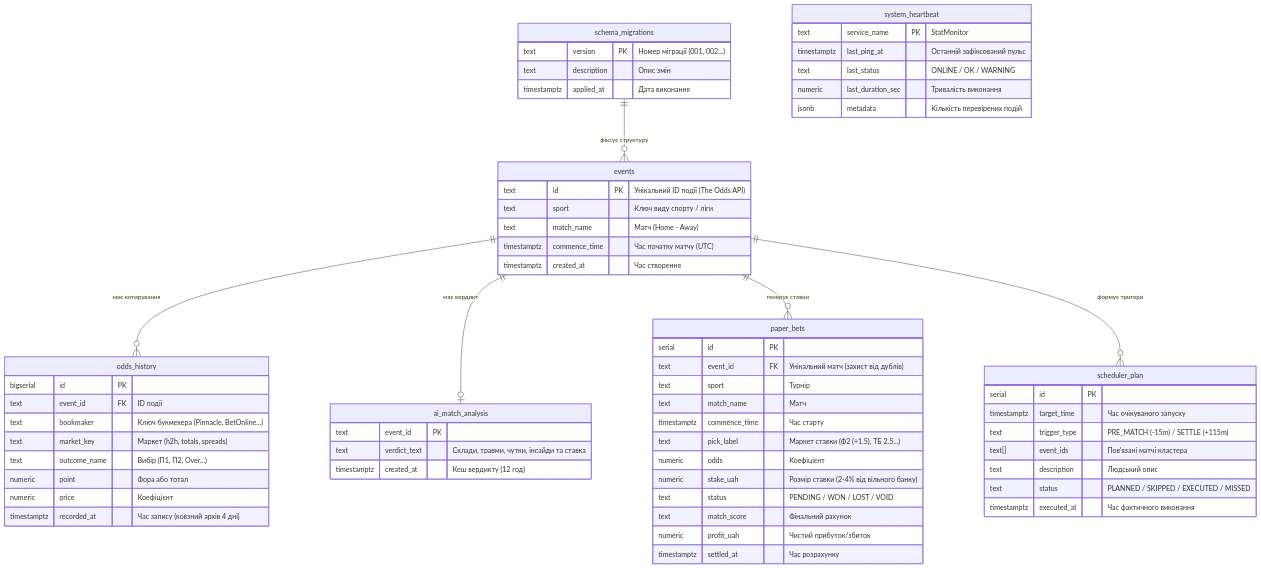
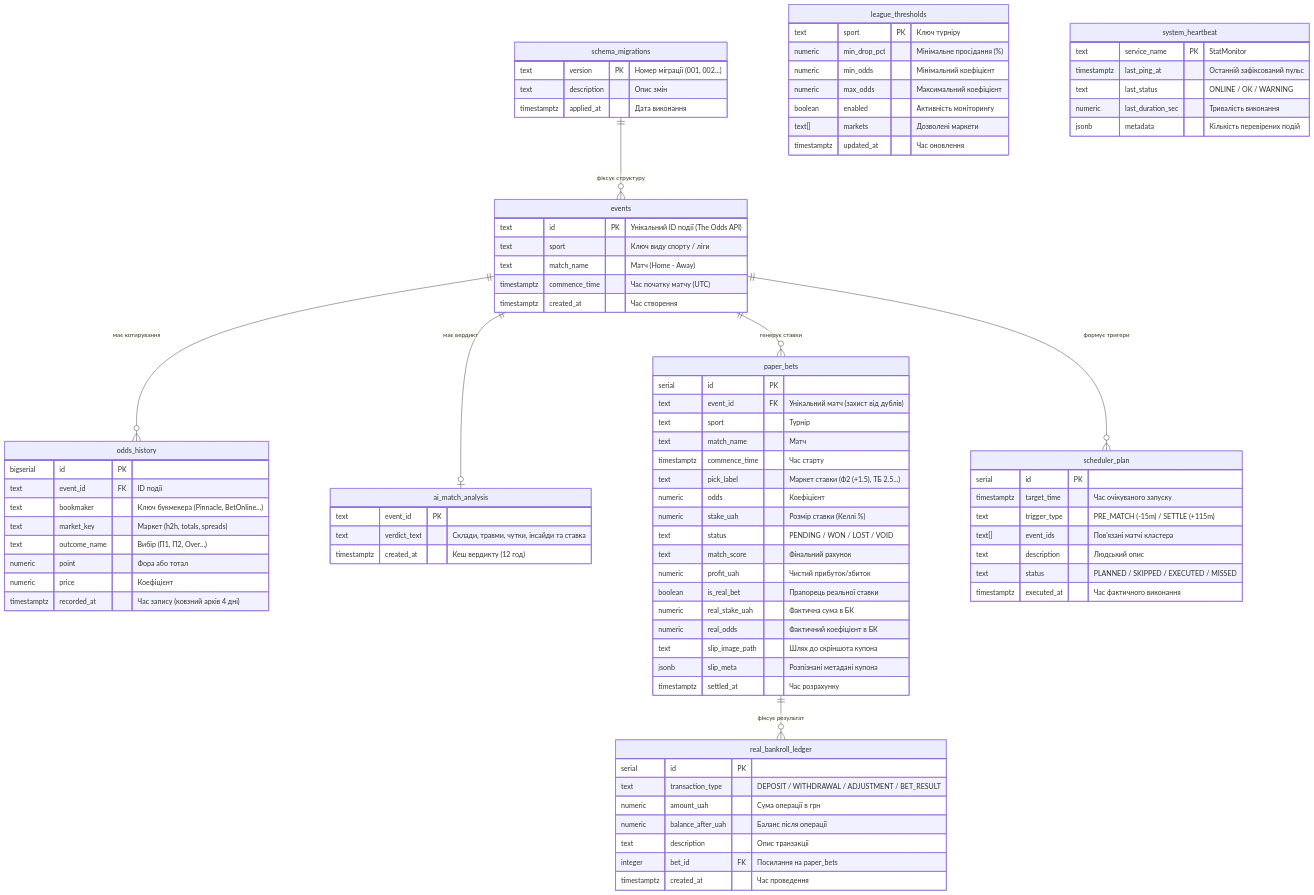
One commit to vsymchak/StatMonitor changed the second of 2 diagrams in docs/architecture.md. Above: the diagram before and after it, drawn with Mermaid. The commit also changed other lines of this file and 6 other files, not shown here.

Commit message:
docs: comprehensive update of architecture, roadmap, SDD specs, diagrams, and README for Step 31 and 149 unit tests

```diff
--- a/docs/architecture.md
+++ b/docs/architecture.md
@@ -159,6 +169,7 @@
     events ||--o| ai_match_analysis : "має вердикт"
     events ||--o{ paper_bets : "генерує ставки"
     events ||--o{ scheduler_plan : "формує тригери"
+    paper_bets ||--o{ real_bankroll_ledger : "фіксує результат"
     schema_migrations ||--o{ events : "фіксує структуру"
 
     schema_migrations {
@@ -194,11 +205,36 @@
         timestamptz commence_time "Час старту"
         text pick_label "Маркет ставки (Ф2 (+1.5), ТБ 2.5...)"
         numeric odds "Коефіцієнт"
-        numeric stake_uah "Розмір ставки (2-4% від вільного банку)"
+        numeric stake_uah "Розмір ставки (Келлі %)"
         text status "PENDING / WON / LOST / VOID"
         text match_score "Фінальний рахунок"
         numeric profit_uah "Чистий прибуток/збиток"
+        boolean is_real_bet "Прапорець реальної ставки"
+        numeric real_stake_uah "Фактична сума в БК"
+        numeric real_odds "Фактичний коефіцієнт в БК"
+        text slip_image_path "Шлях до скріншота купона"
+        jsonb slip_meta "Розпізнані метадані купона"
         timestamptz settled_at "Час розрахунку"
+    }
+
+    real_bankroll_ledger {
+        serial id PK
+        text transaction_type "DEPOSIT / WITHDRAWAL / ADJUSTMENT / BET_RESULT"
+        numeric amount_uah "Сума операції в грн"
+        numeric balance_after_uah "Баланс після операції"
+        text description "Опис транзакції"
+        integer bet_id FK "Посилання на paper_bets"
+        timestamptz created_at "Час проведення"
+    }
+
+    league_thresholds {
+        text sport PK "Ключ турніру"
+        numeric min_drop_pct "Мінімальне просідання (%)"
+        numeric min_odds "Мінімальний коефіцієнт"
+        numeric max_odds "Максимальний коефіцієнт"
+        boolean enabled "Активність моніторингу"
+        text[] markets "Дозволені маркети"
+        timestamptz updated_at "Час оновлення"
     }
 
     ai_match_analysis {
```
